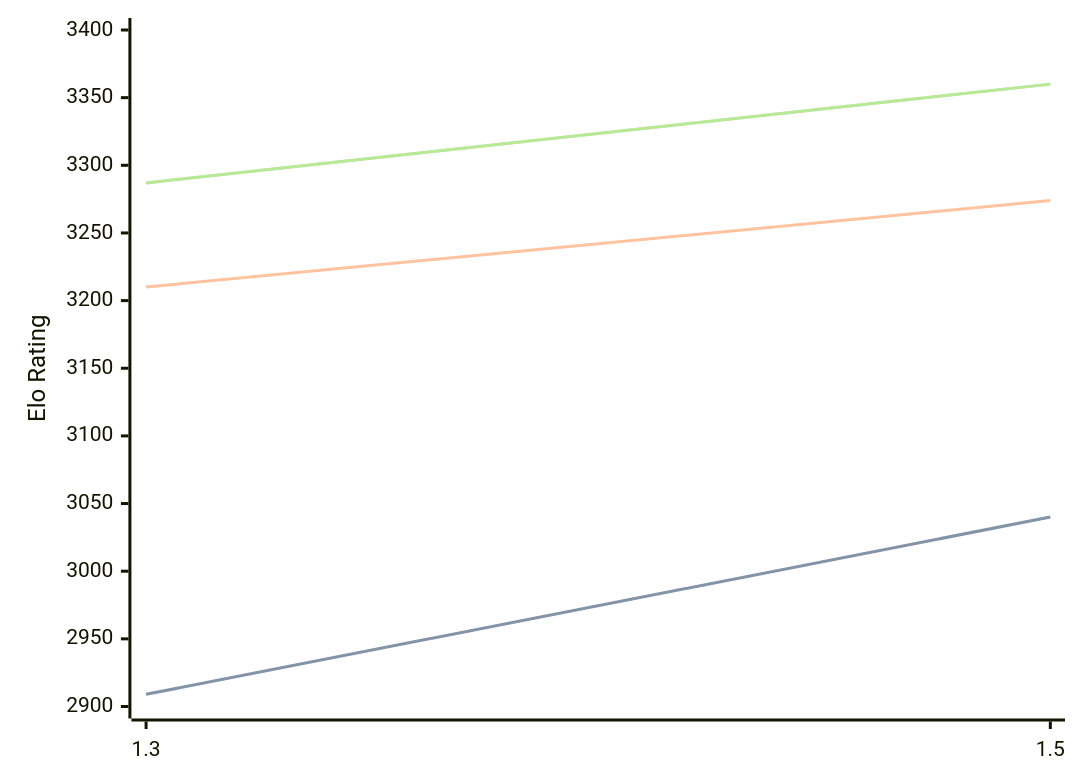
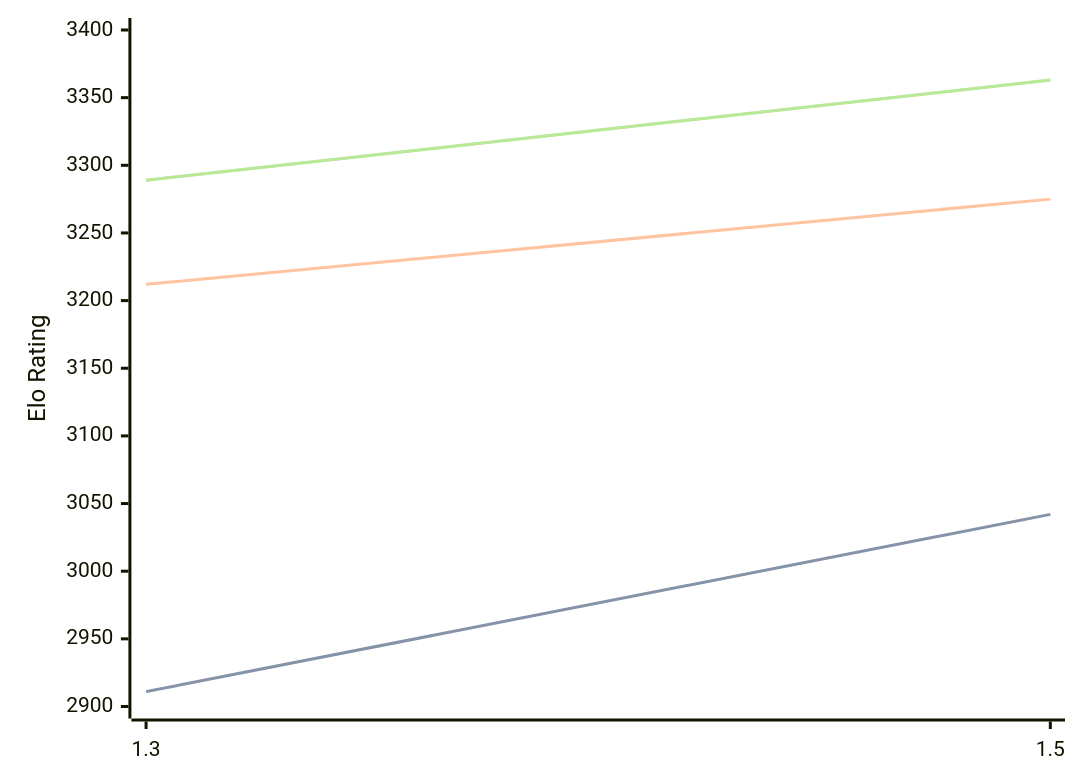
The diagram in engines/Lambergar.md (computer-chess-index/cci), drawn with Mermaid before and after one commit. The commit also changed other lines of this file, not shown here.

Commit message:
Update CCI Ratings (ELO VLTC) - 2026-09-01

````diff
--- a/engines/Lambergar.md
+++ b/engines/Lambergar.md
@@ -32,11 +32,11 @@
 ```mermaid
 %%{init: {"theme":"base","themeVariables":{"seriesColors:['#a3a3a3','#222221','#faa371']}}}%%
 xychart-beta
   x-axis ["1.3", "1.5"]
   y-axis "Elo Rating" 2900 --> 3400
-  line "" [2909, 3040]
-  line "STC (8.0+0.08s)" [2909, 3040]
-  line "LTC (60.0+0.60s)" [3210, 3274]
-  line "" [3287, 3360]
-  line "VLTC (2m24s+1.12s)" [3287, 3360]
+  line "" [2911, 3042]
+  line "STC (8.0+0.08s)" [2911, 3042]
+  line "LTC (60.0+0.60s)" [3212, 3275]
+  line "" [3289, 3363]
+  line "VLTC (2m24s+1.12s)" [3289, 3363]
 ```
````
